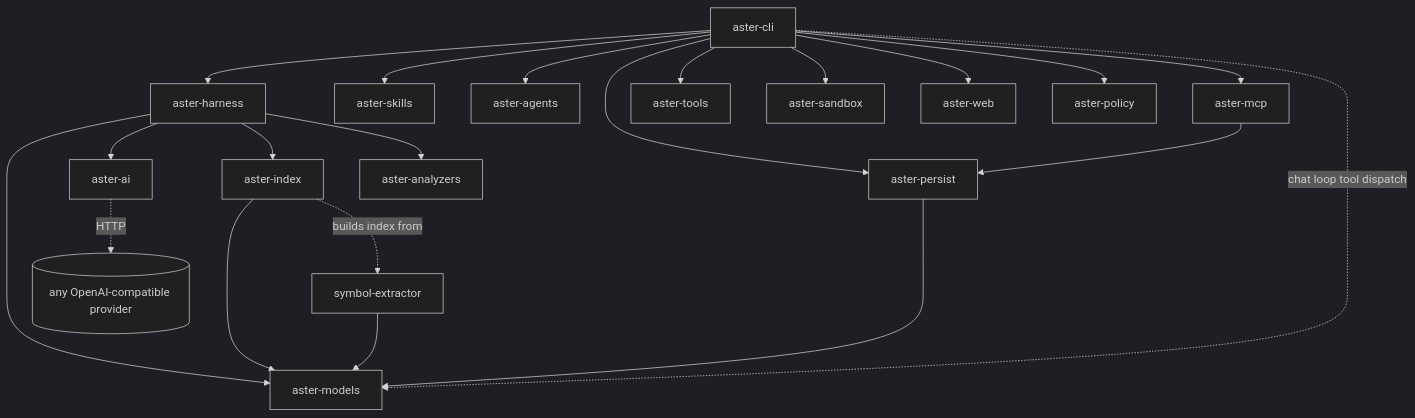
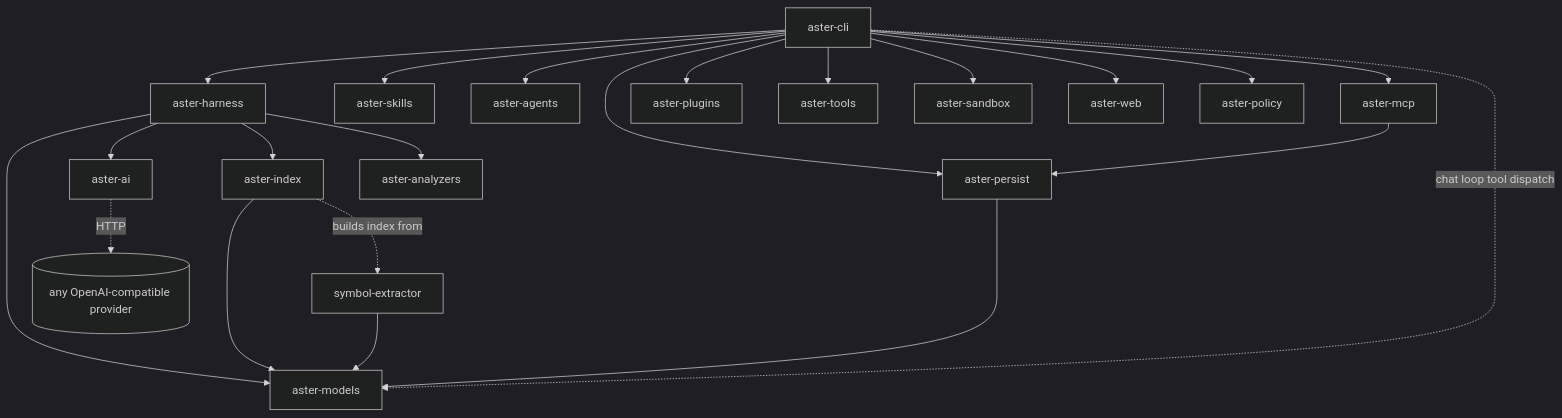
Before and after one commit to Zfinix/aster: the first of 2 diagrams in docs/ARCHITECTURE.md, drawn with Mermaid (dark theme). The commit also changed other lines of this file and 27 other files, not shown here.

````diff
--- a/docs/ARCHITECTURE.md
+++ b/docs/ARCHITECTURE.md
@@ -59,23 +63,24 @@
 ```mermaid
 graph TD
     CLI[aster-cli] --> H[aster-harness]
     CLI --> PS[aster-persist]
     CLI --> SK[aster-skills]
     CLI --> AG[aster-agents]
     CLI --> MC[aster-mcp]
+    CLI --> PG[aster-plugins]
     CLI --> TL[aster-tools]
     CLI --> SB[aster-sandbox]
     CLI --> WB[aster-web]
     CLI --> PL[aster-policy]
     H --> AI[aster-ai]
     H --> IDX[aster-index]
     H --> AN[aster-analyzers]
     H --> M[aster-models]
     IDX --> M
     SE[symbol-extractor] --> M
     IDX -.builds index from.-> SE
     AI -.HTTP.-> P[(any OpenAI-compatible provider)]
     PS --> M
     MC --> PS
     CLI -.chat loop tool dispatch.-> M
 ```
````
